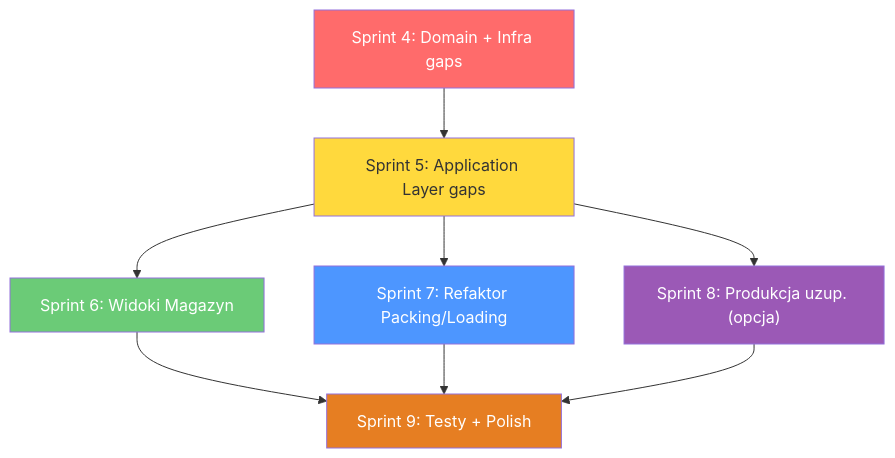
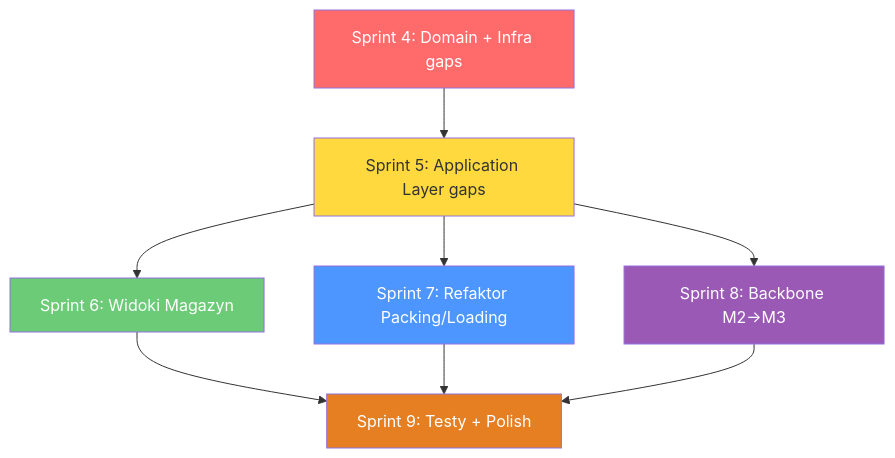
The diagram in docs/module-3/PLAN_SPRINTOW_M3.md (lMamacl/Kuchnia-Cygana), drawn with Mermaid before and after one commit. The commit also changed other lines of this file and 25 other files, not shown here.

````diff
--- a/docs/module-3/PLAN_SPRINTOW_M3.md
+++ b/docs/module-3/PLAN_SPRINTOW_M3.md
@@ -443,17 +486,17 @@
 ```mermaid
 graph TD
     S4["Sprint 4: Domain + Infra gaps"] --> S5["Sprint 5: Application Layer gaps"]
     S5 --> S6["Sprint 6: Widoki Magazyn"]
     S5 --> S7["Sprint 7: Refaktor Packing/Loading"]
     S6 --> S9["Sprint 9: Testy + Polish"]
     S7 --> S9
-    S5 --> S8["Sprint 8: Produkcja uzup. (opcja)"]
+    S5 --> S8["Sprint 8: Backbone M2→M3"]
     S8 --> S9
     
     style S4 fill:#ff6b6b,color:#fff
     style S5 fill:#ffd93d,color:#333
     style S6 fill:#6bcb77,color:#fff
     style S7 fill:#4d96ff,color:#fff
     style S8 fill:#9b59b6,color:#fff
     style S9 fill:#e67e22,color:#fff
 ```
````
